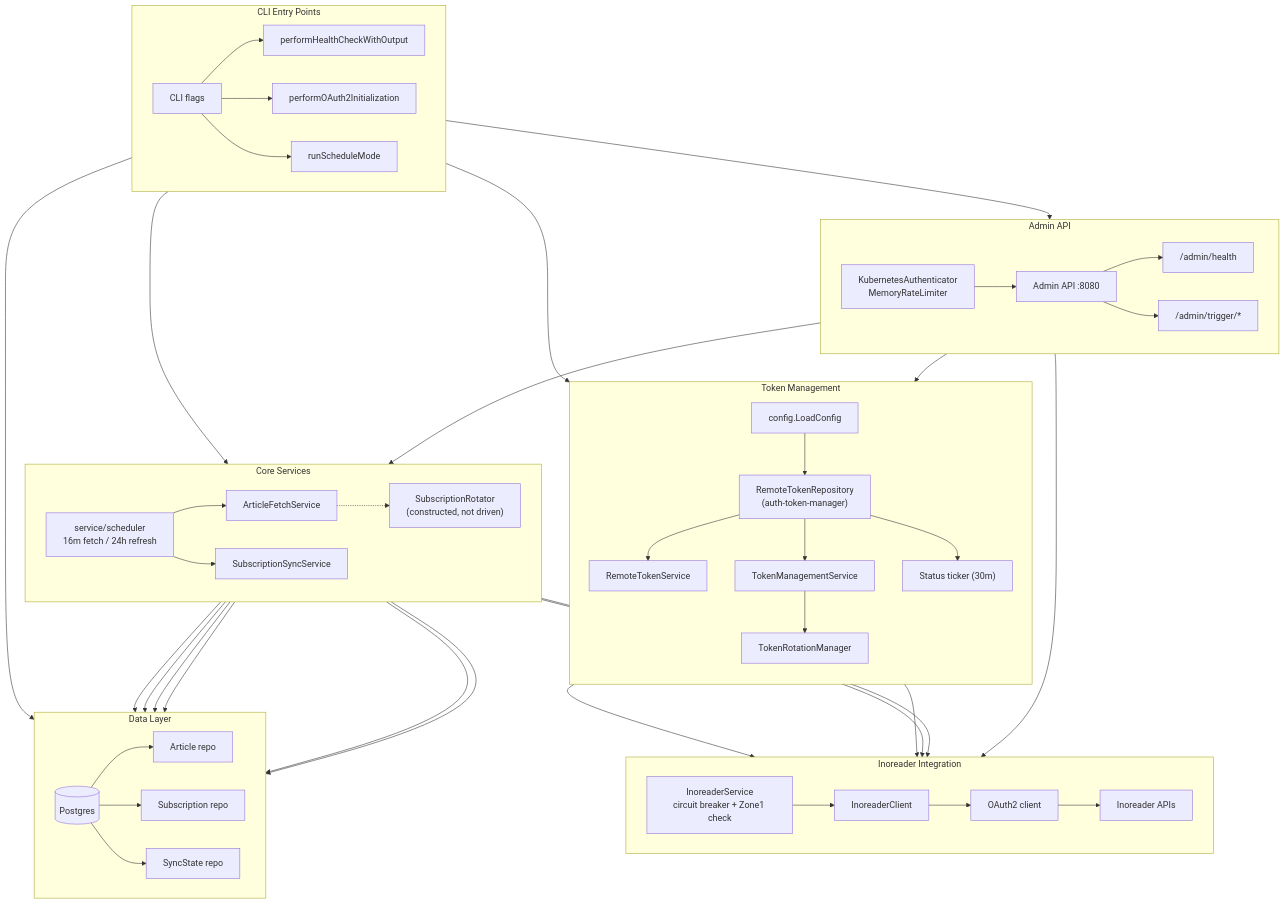
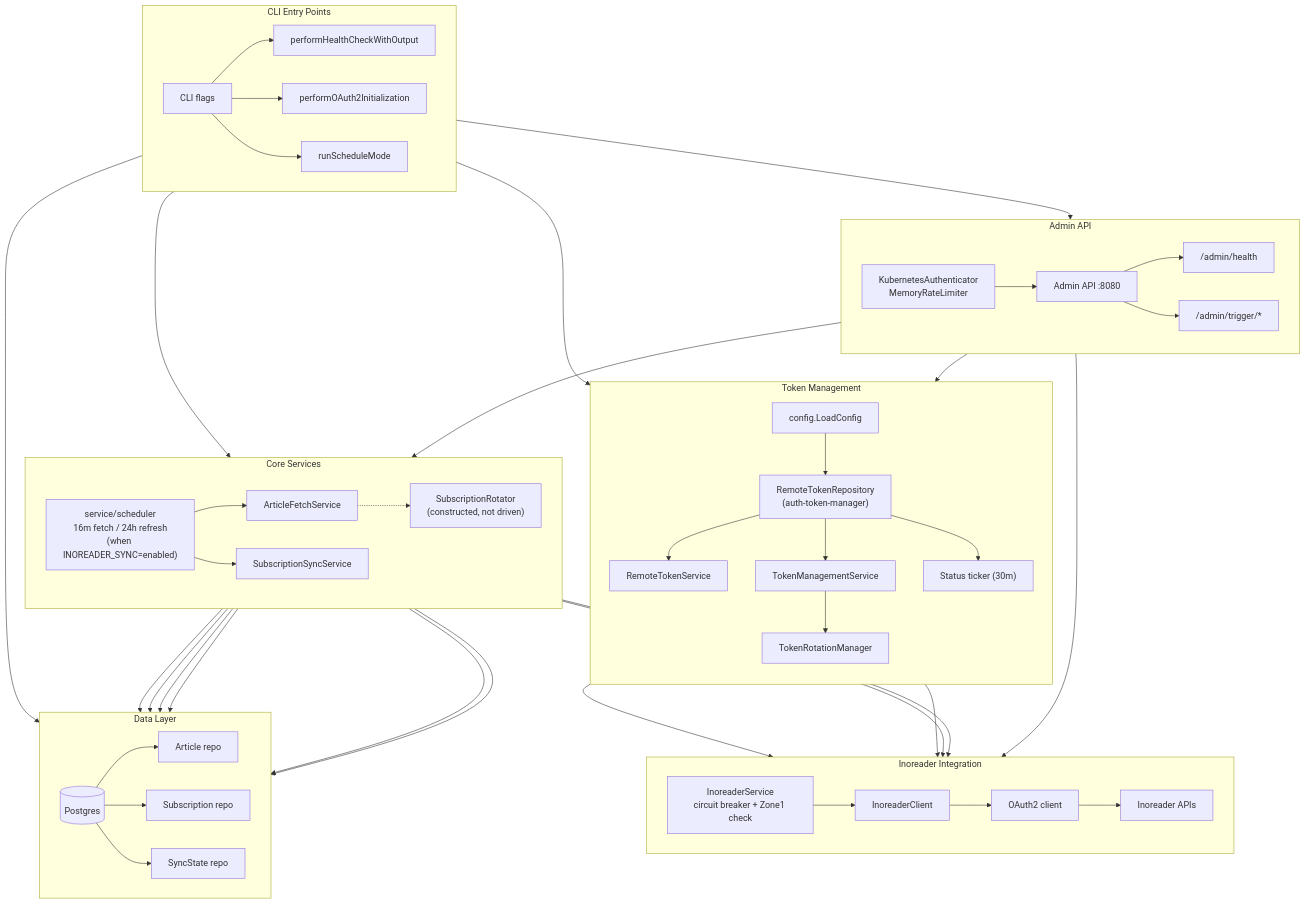
The diagram in docs/services/pre-processor-sidecar.md (Kaikei-e/Alt), drawn with Mermaid before and after one commit. The commit also changed other lines of this file and 76 other files, not shown here.

````diff
--- a/docs/services/pre-processor-sidecar.md
+++ b/docs/services/pre-processor-sidecar.md
@@ -20,80 +20,80 @@
 ```mermaid
 flowchart TB
     subgraph CLI["CLI Entry Points"]
         direction LR
         CLIFlags["CLI flags"]
         Health["performHealthCheckWithOutput"]
         OAuthInit["performOAuth2Initialization"]
         ScheduleMode["runScheduleMode"]
         CLIFlags --> Health & OAuthInit & ScheduleMode
     end
 
     subgraph TokenSystem["Token Management"]
         direction TB
         Config["config.LoadConfig"]
         RemoteRepo["RemoteTokenRepository<br/>(auth-token-manager)"]
         RemoteTokenService["RemoteTokenService"]
         TokenManagementService["TokenManagementService"]
         TokenRotationManager["TokenRotationManager"]
         StatusTicker["Status ticker (30m)"]
 
         Config --> RemoteRepo
         RemoteRepo --> RemoteTokenService
         RemoteRepo --> TokenManagementService
         TokenManagementService --> TokenRotationManager
         RemoteRepo --> StatusTicker
     end
 
     subgraph ExternalAPI["Inoreader Integration"]
         direction LR
         InoreaderService["InoreaderService<br/>circuit breaker + Zone1 check"]
         InoreaderClient["InoreaderClient"]
         OAuth2Client["OAuth2 client"]
         InoreaderAPI["Inoreader APIs"]
 
         InoreaderService --> InoreaderClient --> OAuth2Client --> InoreaderAPI
     end
 
     subgraph Services["Core Services"]
         direction LR
-        SchedulerNode["service/scheduler<br/>16m fetch / 24h refresh"]
+        SchedulerNode["service/scheduler<br/>16m fetch / 24h refresh<br/>(when INOREADER_SYNC=enabled)"]
         ArticleFetchService["ArticleFetchService"]
         SubscriptionSyncService["SubscriptionSyncService"]
         SubscriptionRotator["SubscriptionRotator<br/>(constructed, not driven)"]
 
         SchedulerNode --> ArticleFetchService & SubscriptionSyncService
         ArticleFetchService -.-> SubscriptionRotator
     end
 
     subgraph DataLayer["Data Layer"]
         direction LR
         DB[(Postgres)]
         ArticleRepo["Article repo"]
         SubRepo["Subscription repo"]
         SyncStateRepo["SyncState repo"]
         DB --> ArticleRepo & SubRepo & SyncStateRepo
     end
 
     subgraph AdminLayer["Admin API"]
         direction LR
         Security["KubernetesAuthenticator<br/>MemoryRateLimiter"]
         AdminAPI["Admin API :8080"]
         HealthEndpoint["/admin/health"]
         ManualTriggers["/admin/trigger/*"]
         Security --> AdminAPI --> HealthEndpoint & ManualTriggers
     end
 
     %% Cross-subgraph connections
     ScheduleMode --> Config
     ScheduleMode --> DB
     ScheduleMode --> AdminAPI
     ScheduleMode --> SchedulerNode
     TokenManagementService --> OAuth2Client
     RemoteTokenService --> InoreaderService
     ArticleFetchService & SubscriptionSyncService --> InoreaderService
     SchedulerNode --> SyncStateRepo
     ArticleFetchService --> ArticleRepo & SyncStateRepo & SubRepo
     SubscriptionSyncService --> SubRepo & SyncStateRepo
     ManualTriggers --> SchedulerNode
     HealthEndpoint --> InoreaderService & RemoteTokenService
 ```
````
